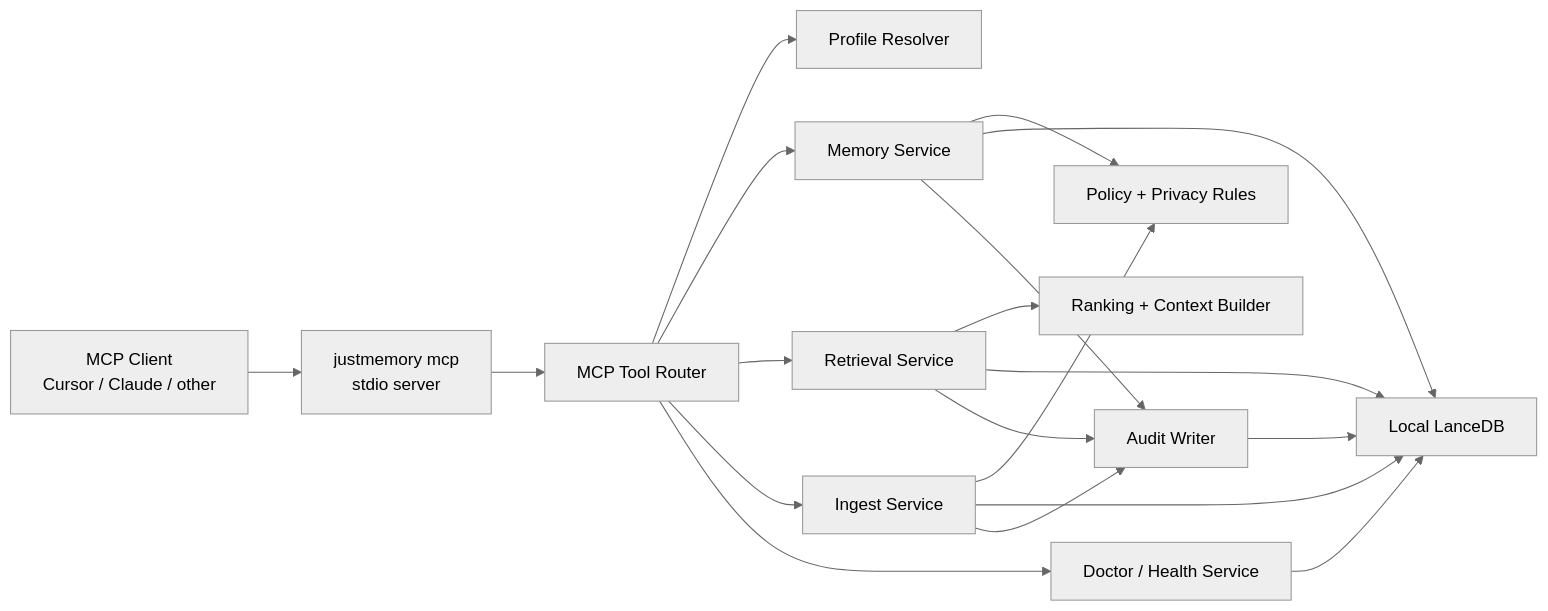
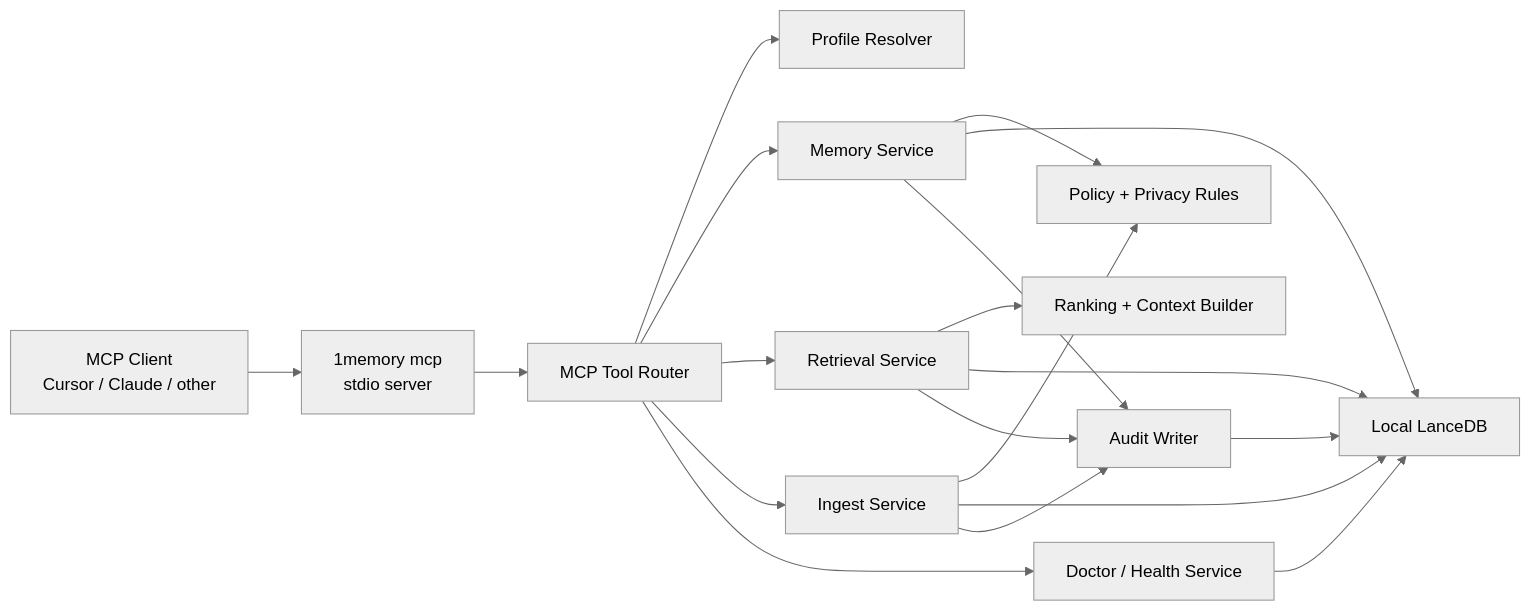
Before and after one commit to nya1/1memory: the diagram in docs/PRD-local-backend-lancedb-v0.1.md, drawn with Mermaid (neutral theme). The commit also changed other lines of this file and 42 other files, not shown here.

````diff
--- a/docs/PRD-local-backend-lancedb-v0.1.md
+++ b/docs/PRD-local-backend-lancedb-v0.1.md
@@ -702,21 +702,21 @@
 ```mermaid
 flowchart LR
-  A["MCP Client\nCursor / Claude / other"] --> B["justmemory mcp\nstdio server"]
+  A["MCP Client\nCursor / Claude / other"] --> B["1memory mcp\nstdio server"]
   B --> C["MCP Tool Router"]
   C --> D["Profile Resolver"]
   C --> E["Memory Service"]
   C --> F["Retrieval Service"]
   C --> G["Ingest Service"]
   C --> H["Doctor / Health Service"]
   E --> I["Policy + Privacy Rules"]
   G --> I
   F --> J["Ranking + Context Builder"]
   E --> K["Local LanceDB"]
   F --> K
   G --> K
   H --> K
   E --> L["Audit Writer"]
   F --> L
   G --> L
   L --> K
 ```
````
